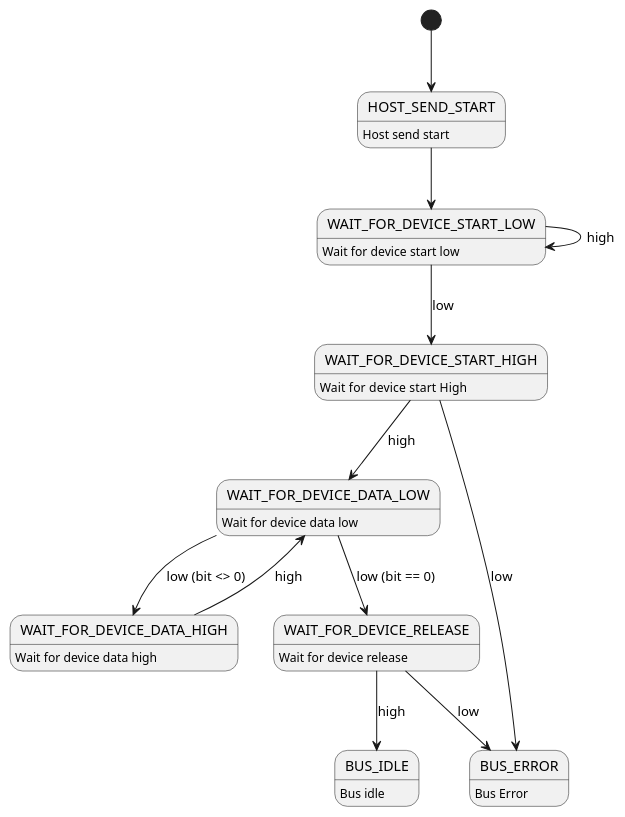
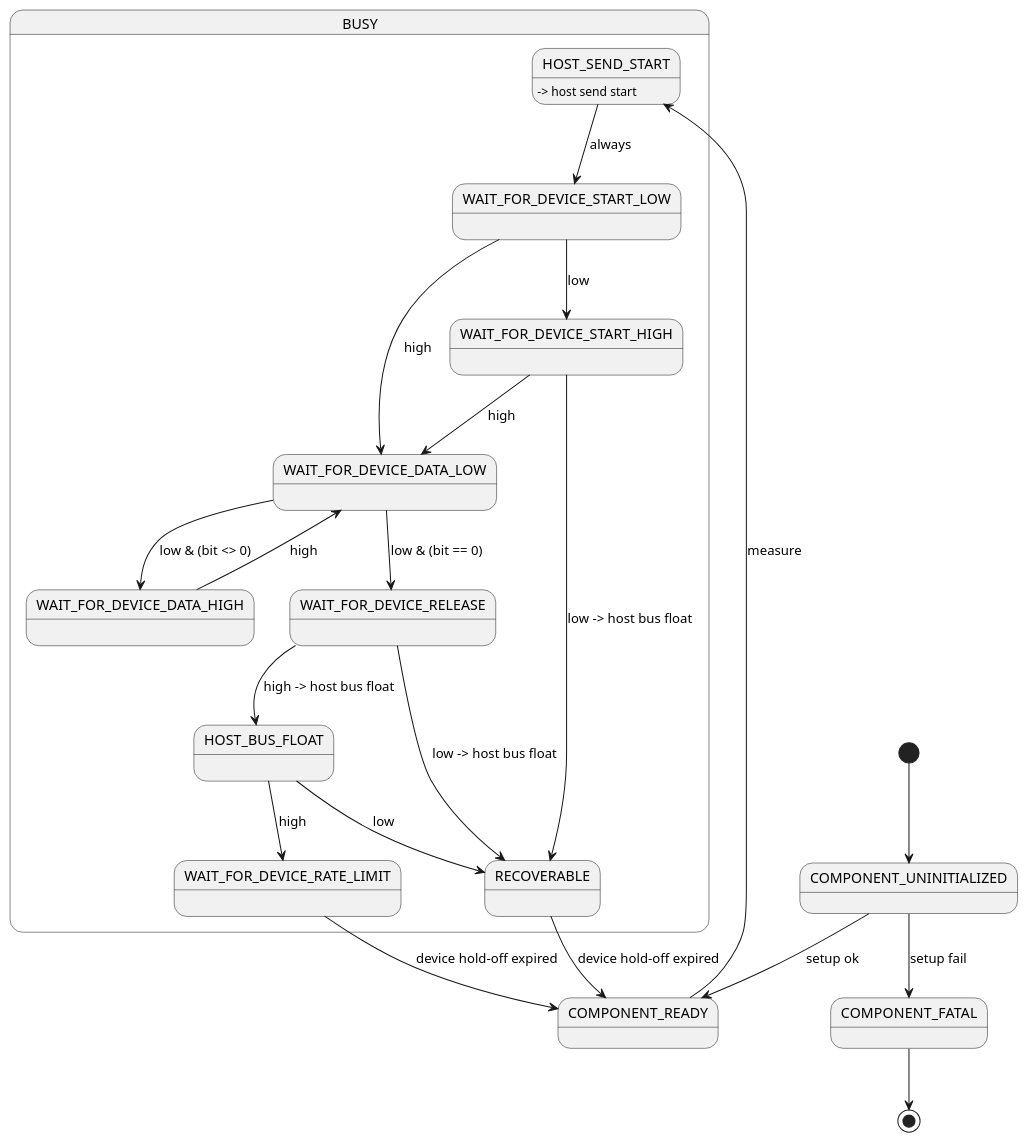
One commit to johanvdp/kweker changed the diagram in components/am2301/AM2301_interface.adoc. Above: the diagram before and after it, drawn with PlantUML. The commit also changed 4 other files, not shown here.

```diff
--- a/components/am2301/AM2301_interface.adoc
+++ b/components/am2301/AM2301_interface.adoc
@@ -60,27 +60,38 @@
 [plantuml,States,format=png]
 ....
 @startuml
 
-[*] --> HOST_SEND_START
-BUS_IDLE : Bus idle
-HOST_SEND_START : Host send start
-WAIT_FOR_DEVICE_START_LOW : Wait for device start low
-WAIT_FOR_DEVICE_START_HIGH : Wait for device start  High
-WAIT_FOR_DEVICE_DATA_LOW : Wait for device data low
-WAIT_FOR_DEVICE_DATA_HIGH : Wait for device data high
-WAIT_FOR_DEVICE_RELEASE : Wait for device release
-BUS_ERROR : Bus Error
+state BUSY  {
+	HOST_SEND_START : -> host send start
+	WAIT_FOR_DEVICE_START_LOW :
+	WAIT_FOR_DEVICE_START_HIGH :
+	WAIT_FOR_DEVICE_DATA_LOW :
+	WAIT_FOR_DEVICE_DATA_HIGH :
+	WAIT_FOR_DEVICE_RELEASE :
+	HOST_BUS_FLOAT : 
+	WAIT_FOR_DEVICE_RATE_LIMIT :
+	RECOVERABLE :
+}
 
-HOST_SEND_START --> WAIT_FOR_DEVICE_START_LOW
+[*] --> COMPONENT_UNINITIALIZED
+COMPONENT_UNINITIALIZED --> COMPONENT_READY : setup ok
+COMPONENT_UNINITIALIZED --> COMPONENT_FATAL : setup fail
+COMPONENT_READY -> HOST_SEND_START : measure
+HOST_SEND_START --> WAIT_FOR_DEVICE_START_LOW : always
 WAIT_FOR_DEVICE_START_LOW --> WAIT_FOR_DEVICE_START_HIGH : low
-WAIT_FOR_DEVICE_START_LOW -> WAIT_FOR_DEVICE_START_LOW : high
-WAIT_FOR_DEVICE_START_HIGH --> BUS_ERROR : low
+WAIT_FOR_DEVICE_START_LOW -> WAIT_FOR_DEVICE_DATA_LOW : high
+WAIT_FOR_DEVICE_START_HIGH --> RECOVERABLE : low -> host bus float
 WAIT_FOR_DEVICE_START_HIGH --> WAIT_FOR_DEVICE_DATA_LOW : high
-WAIT_FOR_DEVICE_DATA_LOW --> WAIT_FOR_DEVICE_DATA_HIGH : low (bit <> 0)
-WAIT_FOR_DEVICE_DATA_LOW --> WAIT_FOR_DEVICE_RELEASE : low (bit == 0)
+WAIT_FOR_DEVICE_DATA_LOW --> WAIT_FOR_DEVICE_DATA_HIGH : low & (bit <> 0)
+WAIT_FOR_DEVICE_DATA_LOW --> WAIT_FOR_DEVICE_RELEASE : low & (bit == 0)
 WAIT_FOR_DEVICE_DATA_HIGH --> WAIT_FOR_DEVICE_DATA_LOW : high
-WAIT_FOR_DEVICE_RELEASE --> BUS_ERROR : low
-WAIT_FOR_DEVICE_RELEASE --> BUS_IDLE : high
+WAIT_FOR_DEVICE_RELEASE --> RECOVERABLE : low -> host bus float
+WAIT_FOR_DEVICE_RELEASE --> HOST_BUS_FLOAT : high -> host bus float
+HOST_BUS_FLOAT --> WAIT_FOR_DEVICE_RATE_LIMIT : high
+HOST_BUS_FLOAT --> RECOVERABLE : low
+WAIT_FOR_DEVICE_RATE_LIMIT --> COMPONENT_READY : device hold-off expired
+RECOVERABLE --> COMPONENT_READY : device hold-off expired
+COMPONENT_FATAL --> [*]
 
 @endum
 ....
```
